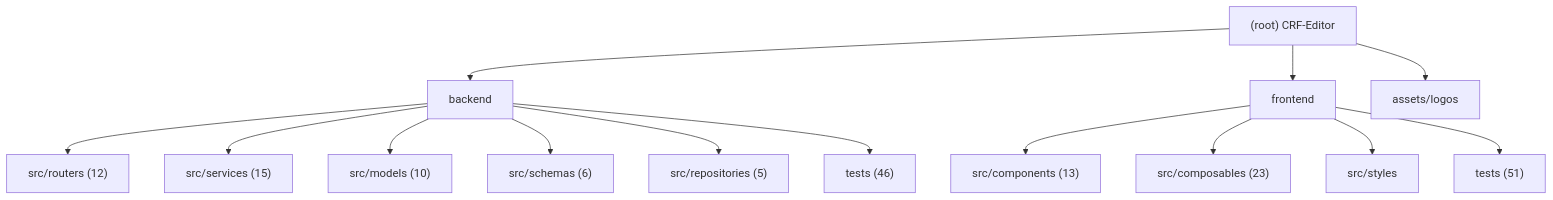
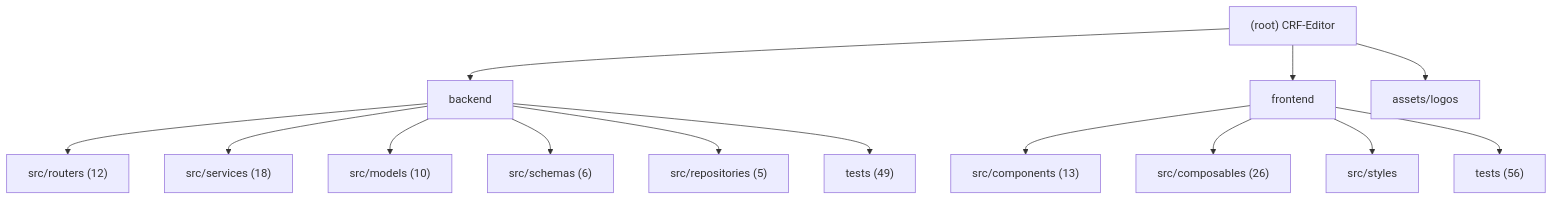
Before and after one commit to decade6666/CRF-Editor: the diagram in .claude/CLAUDE.md, drawn with Mermaid. The commit also changed other lines of this file and 5 other files, not shown here.

````diff
--- a/.claude/CLAUDE.md
+++ b/.claude/CLAUDE.md
@@ -15,19 +15,19 @@
 ```mermaid
 graph TD
     A["(root) CRF-Editor"] --> B["backend"];
     B --> B1["src/routers (12)"];
-    B --> B2["src/services (15)"];
+    B --> B2["src/services (18)"];
     B --> B3["src/models (10)"];
     B --> B4["src/schemas (6)"];
     B --> B5["src/repositories (5)"];
-    B --> B6["tests (46)"];
+    B --> B6["tests (49)"];
     A --> C["frontend"];
     C --> C1["src/components (13)"];
-    C --> C2["src/composables (23)"];
+    C --> C2["src/composables (26)"];
     C --> C3["src/styles"];
-    C --> C4["tests (51)"];
+    C --> C4["tests (56)"];
     A --> D["assets/logos"];
 
     click B "./backend/.claude/CLAUDE.md" "View backend module docs"
     click C "./frontend/.claude/CLAUDE.md" "View frontend module docs"
 ```
````
